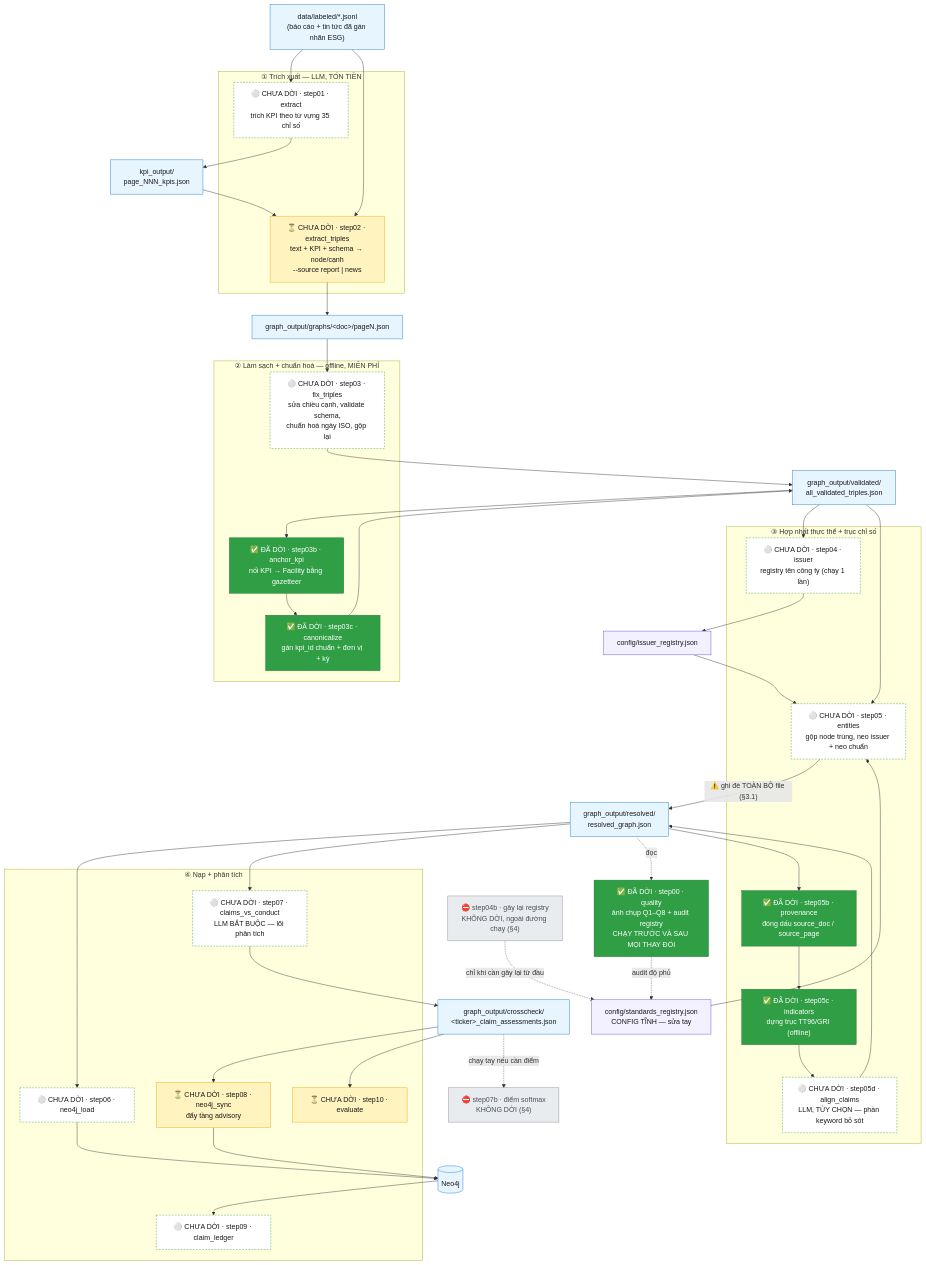
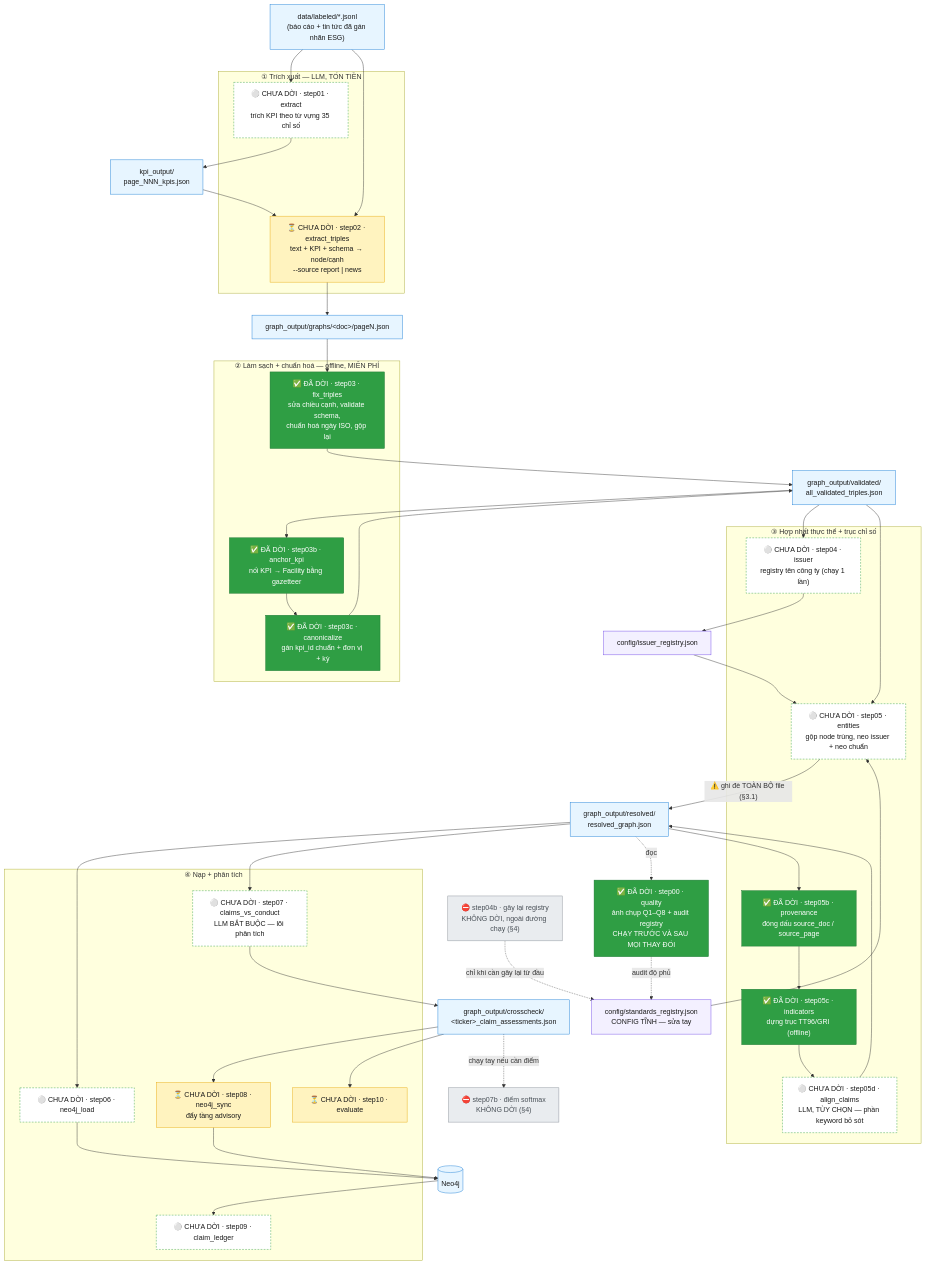
One commit to TranBaDat2607/capstone_test1 changed the first of 4 diagrams in src_module/PIPELINE.md. Above: the diagram before and after it, drawn with Mermaid. The commit also changed other lines of this file and 8 other files, not shown here.

First line of the commit message:
refactor(esg_kg): migrate step03 to fix_triples; add 03->03b->03c build_validated block

````diff
--- a/src_module/PIPELINE.md
+++ b/src_module/PIPELINE.md
@@ -31,72 +61,72 @@
 ```mermaid
 flowchart TD
     classDef migrated fill:#2f9e44,stroke:#1a7431,color:#ffffff
     classDef ready    fill:#ffffff,stroke:#2f9e44,stroke-dasharray:4 3,color:#1a1a1a
     classDef pending  fill:#fff3bf,stroke:#e8a90c,color:#1a1a1a
     classDef notport  fill:#e9ecef,stroke:#868e96,color:#495057
     classDef data     fill:#e7f5ff,stroke:#1c7ed6,color:#1a1a1a
     classDef cfg      fill:#f3f0ff,stroke:#7048e8,color:#1a1a1a
 
     JSONL["data/labeled/*.jsonl<br/>(báo cáo + tin tức đã gán nhãn ESG)"]:::data
 
     subgraph P1["① Trích xuất — LLM, TỐN TIỀN"]
         S01["⚪ CHƯA DỜI · step01 · extract<br/>trích KPI theo từ vựng 35 chỉ số"]:::ready
         S02["⏳ CHƯA DỜI · step02 · extract_triples<br/>text + KPI + schema → node/cạnh<br/>--source report | news"]:::pending
     end
 
     KPIOUT["kpi_output/<br/>page_NNN_kpis.json"]:::data
     GRAPHS["graph_output/graphs/&lt;doc&gt;/pageN.json"]:::data
 
     subgraph P2["② Làm sạch + chuẩn hoá — offline, MIỄN PHÍ"]
-        S03["⚪ CHƯA DỜI · step03 · fix_triples<br/>sửa chiều cạnh, validate schema,<br/>chuẩn hoá ngày ISO, gộp lại"]:::ready
+        S03["✅ ĐÃ DỜI · step03 · fix_triples<br/>sửa chiều cạnh, validate schema,<br/>chuẩn hoá ngày ISO, gộp lại"]:::migrated
         S03B["✅ ĐÃ DỜI · step03b · anchor_kpi<br/>nối KPI → Facility bằng gazetteer"]:::migrated
         S03C["✅ ĐÃ DỜI · step03c · canonicalize<br/>gán kpi_id chuẩn + đơn vị + kỳ"]:::migrated
     end
 
     VALID["graph_output/validated/<br/>all_validated_triples.json"]:::data
 
     subgraph P3["③ Hợp nhất thực thể + trục chỉ số"]
         S04["⚪ CHƯA DỜI · step04 · issuer<br/>registry tên công ty (chạy 1 lần)"]:::ready
         S05["⚪ CHƯA DỜI · step05 · entities<br/>gộp node trùng, neo issuer + neo chuẩn"]:::ready
         S05B["✅ ĐÃ DỜI · step05b · provenance<br/>đóng dấu source_doc / source_page"]:::migrated
         S05C["✅ ĐÃ DỜI · step05c · indicators<br/>dựng trục TT96/GRI (offline)"]:::migrated
         S05D["⚪ CHƯA DỜI · step05d · align_claims<br/>LLM, TÙY CHỌN — phần keyword bỏ sót"]:::ready
     end
 
     RESOLVED["graph_output/resolved/<br/>resolved_graph.json"]:::data
 
     subgraph P4["④ Nạp + phân tích"]
         S06["⚪ CHƯA DỜI · step06 · neo4j_load"]:::ready
         S07["⚪ CHƯA DỜI · step07 · claims_vs_conduct<br/>LLM BẮT BUỘC — lõi phân tích"]:::ready
         S08["⏳ CHƯA DỜI · step08 · neo4j_sync<br/>đẩy tầng advisory"]:::pending
         S09["⚪ CHƯA DỜI · step09 · claim_ledger"]:::ready
         S10["⏳ CHƯA DỜI · step10 · evaluate"]:::pending
     end
 
     REGI["config/issuer_registry.json"]:::cfg
     REGS["config/standards_registry.json<br/>CONFIG TĨNH — sửa tay"]:::cfg
     DOSSIER["graph_output/crosscheck/<br/>&lt;ticker&gt;_claim_assessments.json"]:::data
     NEO[("Neo4j")]:::data
 
     S00["✅ ĐÃ DỜI · step00 · quality<br/>ảnh chụp Q1–Q8 + audit registry<br/>CHẠY TRƯỚC VÀ SAU MỌI THAY ĐỔI"]:::migrated
     S07B["⛔ step07b · điểm softmax<br/>KHÔNG DỜI (§4)"]:::notport
     S04B["⛔ step04b · gây lại registry<br/>KHÔNG DỜI, ngoài đường chạy (§4)"]:::notport
 
     JSONL --> S01 --> KPIOUT --> S02
     JSONL --> S02 --> GRAPHS --> S03 --> VALID
     VALID --> S03B --> S03C --> VALID
     VALID --> S04 --> REGI --> S05
     REGS --> S05
     VALID --> S05
     S05 -->|"⚠️ ghi đè TOÀN BỘ file (§3.1)"| RESOLVED
     RESOLVED --> S05B --> S05C --> S05D --> RESOLVED
     RESOLVED --> S06 --> NEO
     RESOLVED --> S07 --> DOSSIER --> S08 --> NEO
     NEO --> S09
     DOSSIER --> S10
 
     RESOLVED -.->|"đọc"| S00
     S00 -.->|"audit độ phủ"| REGS
     S04B -.->|"chỉ khi cần gây lại từ đầu"| REGS
     DOSSIER -.->|"chạy tay nếu cần điểm"| S07B
 ```
````
